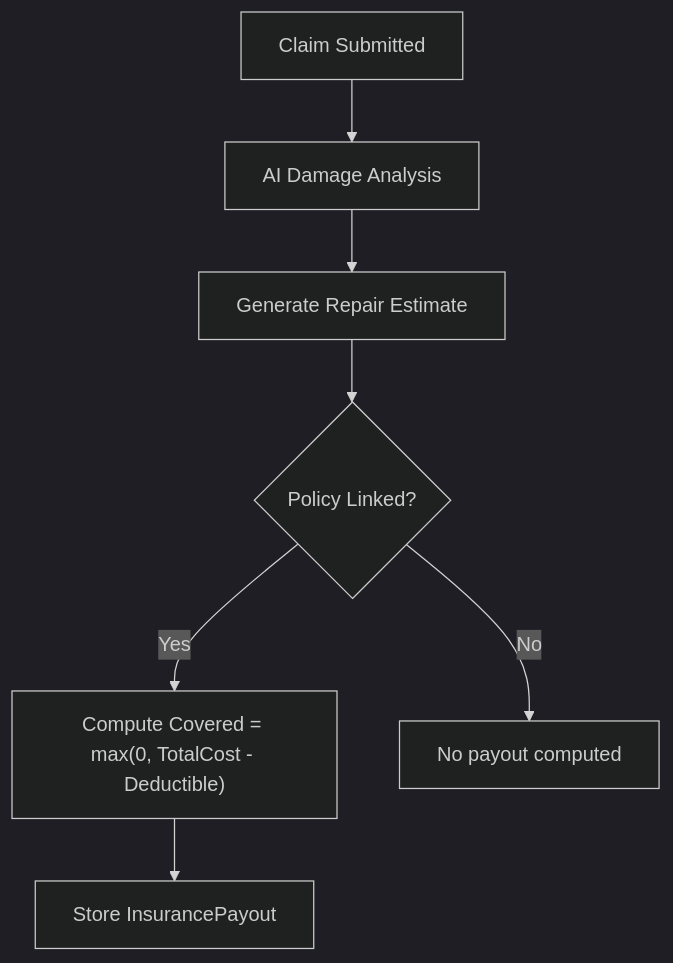
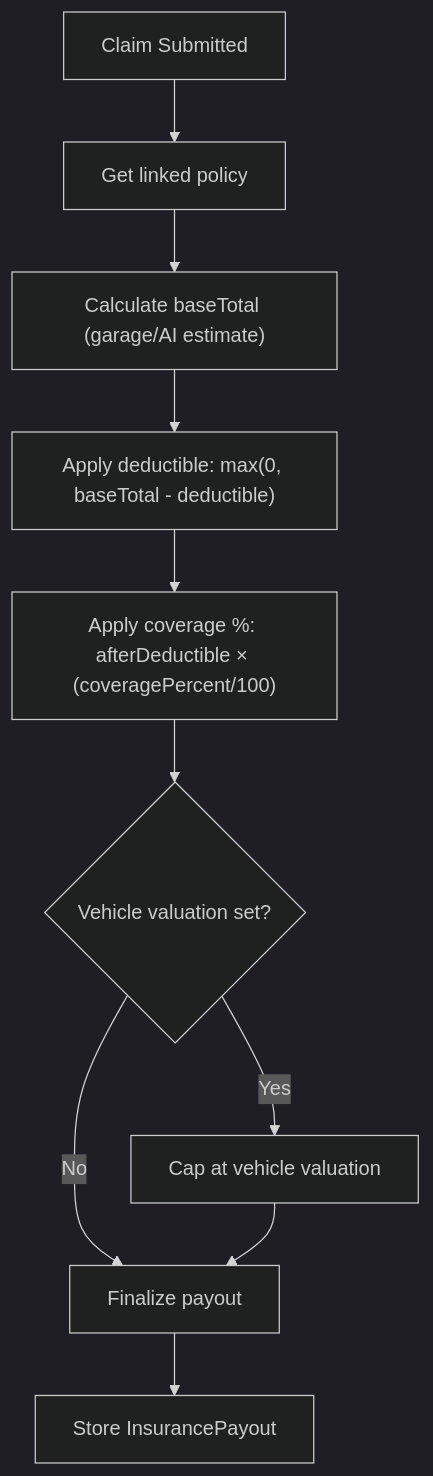
Before and after one commit to NaveenHiranya/Smart-Vehicle-Insurance-Claim-System: the sixth of 8 diagrams in .qoder/repowiki/en/content/Business Logic Layer/Policy Management System.md, drawn with Mermaid (dark theme). The commit also changed other lines of this file and 38 other files, not shown here.

````diff
--- a/.qoder/repowiki/en/content/Business Logic Layer/Policy Management System.md
+++ b/.qoder/repowiki/en/content/Business Logic Layer/Policy Management System.md
@@ -177,9 +261,12 @@
 ```mermaid
 flowchart TD
-A["Claim Submitted"] --> B["AI Damage Analysis"]
-B --> C["Generate Repair Estimate"]
-C --> D{"Policy Linked?"}
-D -- Yes --> E["Compute Covered = max(0, TotalCost - Deductible)"]
-E --> F["Store InsurancePayout"]
-D -- No --> G["No payout computed"]
+Claim["Claim Submitted"] --> GetPolicy["Get linked policy"]
+GetPolicy --> CalcBase["Calculate baseTotal (garage/AI estimate)"]
+CalcBase --> Deductible["Apply deductible: max(0, baseTotal - deductible)"]
+Deductible --> Coverage["Apply coverage %: afterDeductible × (coveragePercent/100)"]
+Coverage --> Cap{"Vehicle valuation set?"}
+Cap -- Yes --> CapCalc["Cap at vehicle valuation"]
+Cap -- No --> Finalize["Finalize payout"]
+CapCalc --> Finalize
+Finalize --> Store["Store InsurancePayout"]
 ```
````
